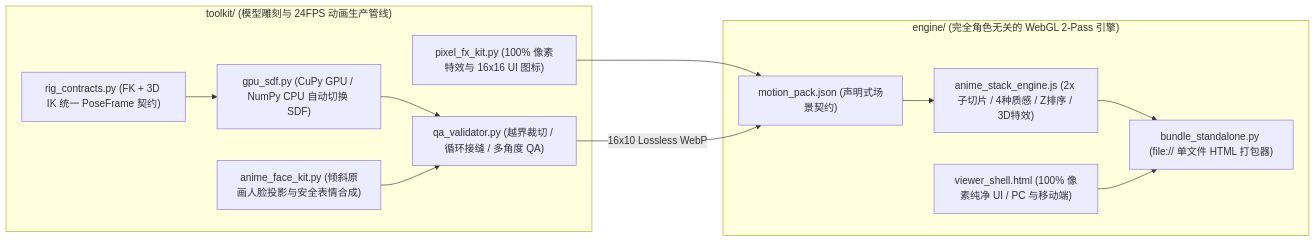
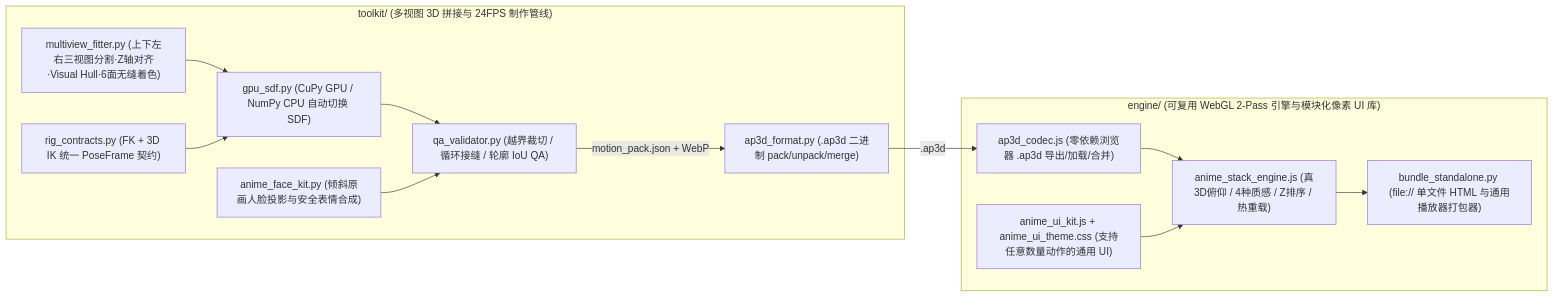
Before and after one commit to kuraneko1/anime-pseudo-3d: the diagram in README.zh-CN.md, drawn with Mermaid. The commit also changed other lines of this file and 18 other files, not shown here.

Commit message:
Add reusable AnimeUIKit (arbitrary-N motions), .ap3d binary package codec/player & multi-view 3D joining pipeline

````diff
--- a/README.zh-CN.md
+++ b/README.zh-CN.md
@@ -121,26 +121,28 @@
 ```mermaid
 flowchart LR
-  subgraph T1["toolkit/ (模型雕刻与 24FPS 动画生产管线)"]
+  subgraph T1["toolkit/ (多视图 3D 拼接与 24FPS 制作管线)"]
+    MV["multiview_fitter.py (上下左右三视图分割·Z轴对齐·Visual Hull·6面无缝着色)"]
     SDF["gpu_sdf.py (CuPy GPU / NumPy CPU 自动切换 SDF)"]
     FACE["anime_face_kit.py (倾斜原画人脸投影与安全表情合成)"]
     RIG["rig_contracts.py (FK + 3D IK 统一 PoseFrame 契约)"]
-    FXK["pixel_fx_kit.py (100% 像素特效与 16x16 UI 图标)"]
-    QA["qa_validator.py (越界裁切 / 循环接缝 / 多角度 QA)"]
+    QA["qa_validator.py (越界裁切 / 循环接缝 / 轮廓 IoU QA)"]
+    AP3D["ap3d_format.py (.ap3d 二进制 pack/unpack/merge)"]
   end
 
-  subgraph E1["engine/ (完全角色无关的 WebGL 2-Pass 引擎)"]
-    PACK["motion_pack.json (声明式场景契约)"]
-    GL["anime_stack_engine.js (2x 子切片 / 4种质感 / Z排序 / 3D特效)"]
-    UI["viewer_shell.html (100% 像素纯净 UI / PC 与移动端)"]
-    BND["bundle_standalone.py (file:// 单文件 HTML 打包器)"]
+  subgraph E1["engine/ (可复用 WebGL 2-Pass 引擎与模块化像素 UI 库)"]
+    CODEC["ap3d_codec.js (零依赖浏览器 .ap3d 导出/加载/合并)"]
+    UIKIT["anime_ui_kit.js + anime_ui_theme.css (支持任意数量动作的通用 UI)"]
+    GL["anime_stack_engine.js (真3D俯仰 / 4种质感 / Z排序 / 热重载)"]
+    BND["bundle_standalone.py (file:// 单文件 HTML 与通用播放器打包器)"]
   end
 
+  MV --> SDF
   SDF --> QA
   FACE --> QA
   RIG --> SDF
-  FXK --> PACK
-  QA -->|"16x10 Lossless WebP"| PACK
-  PACK --> GL
+  QA -->|"motion_pack.json + WebP"| AP3D
+  AP3D -->|".ap3d"| CODEC
+  CODEC --> GL
+  UIKIT --> GL
   GL --> BND
-  UI --> BND
 ```
````
